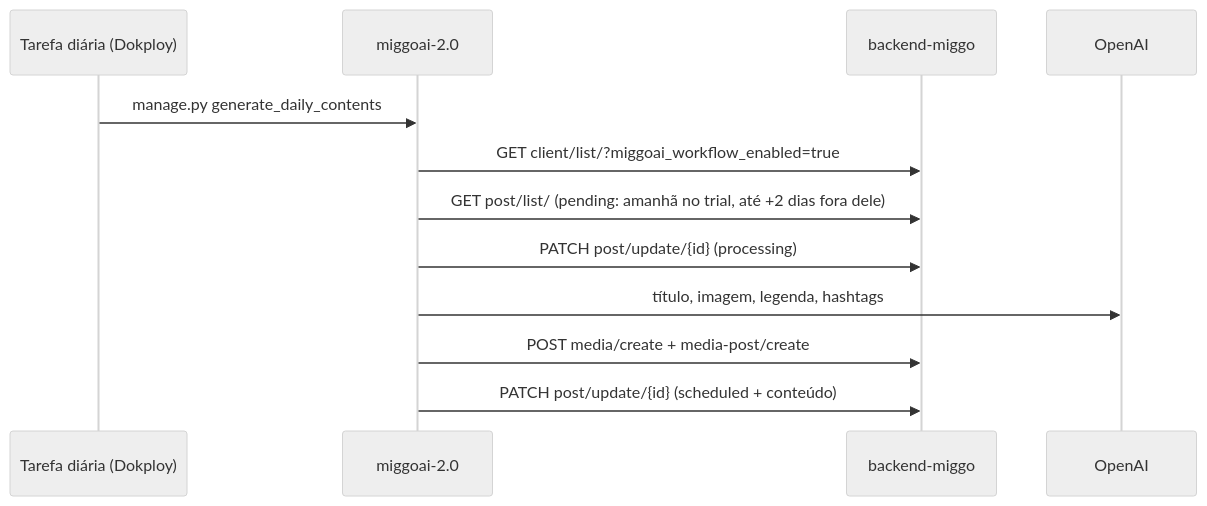
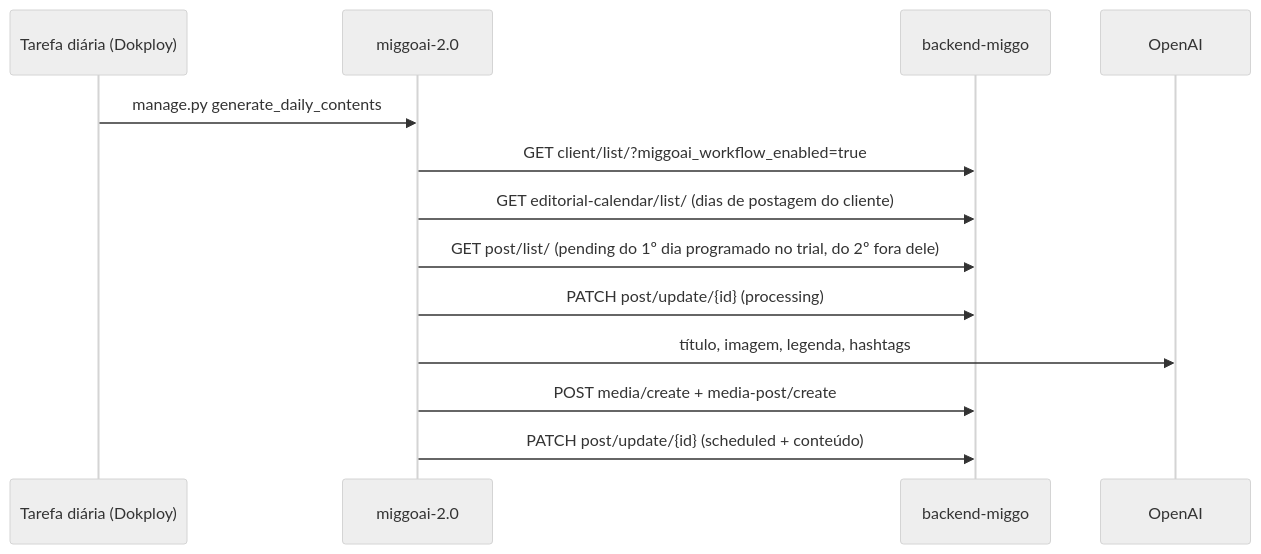
The third of 5 diagrams in arquitetura/fluxos.mdx (aliverso01/mintlify-docs), drawn with Mermaid (neutral theme) before and after one commit. The commit also changed 1 other file, not shown here.

Commit message:
Geração diária do MiggoAI: antecedência em dias de postagem
Trial gera o próximo dia programado no calendário editorial; fora do trial, o segundo. Sem calendário, conta dias corridos.

````diff
--- a/arquitetura/fluxos.mdx
+++ b/arquitetura/fluxos.mdx
@@ -60,15 +60,16 @@
 ```mermaid
 sequenceDiagram
     participant CRON as Tarefa diária (Dokploy)
     participant AI as miggoai-2.0
     participant BE as backend-miggo
     participant OAI as OpenAI
 
     CRON->>AI: manage.py generate_daily_contents
     AI->>BE: GET client/list/?miggoai_workflow_enabled=true
-    AI->>BE: GET post/list/ (pending: amanhã no trial, até +2 dias fora dele)
+    AI->>BE: GET editorial-calendar/list/ (dias de postagem do cliente)
+    AI->>BE: GET post/list/ (pending do 1º dia programado no trial, do 2º fora dele)
     AI->>BE: PATCH post/update/{id} (processing)
     AI->>OAI: título, imagem, legenda, hashtags
     AI->>BE: POST media/create + media-post/create
     AI->>BE: PATCH post/update/{id} (scheduled + conteúdo)
 ```
````
